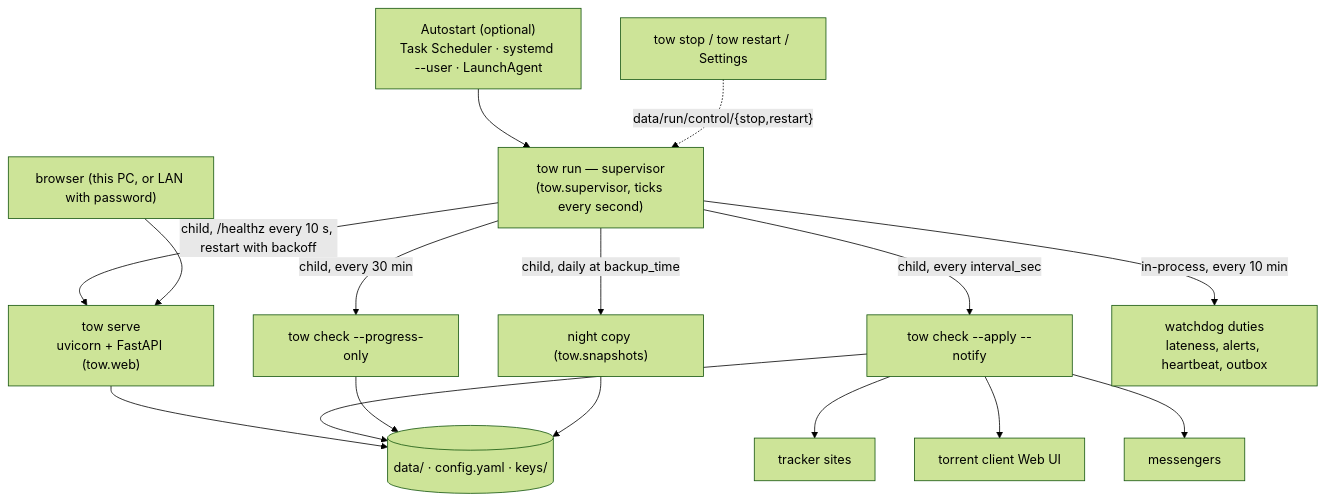
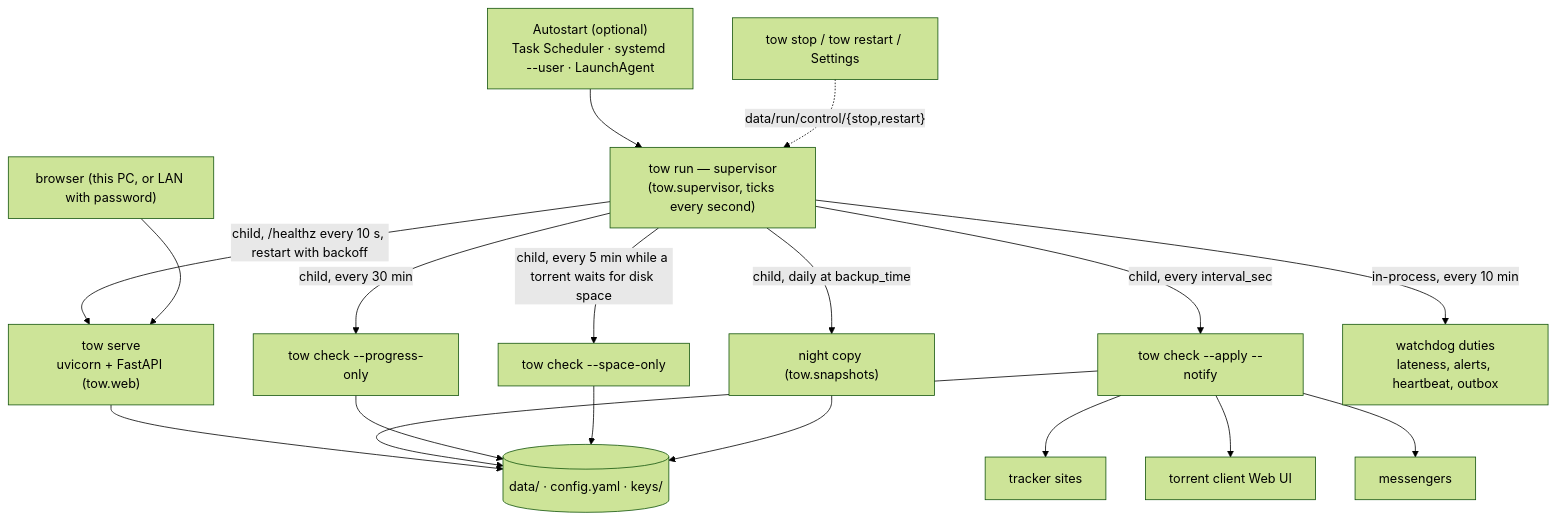
Before and after one commit to d0j/tow: the diagram in docs/architecture.md, drawn with Mermaid (forest theme). The commit also changed other lines of this file and 4 other files, not shown here.

First line of the commit message:
docs: a torrent that does not fit waits for disk space

````diff
--- a/docs/architecture.md
+++ b/docs/architecture.md
@@ -9,19 +9,21 @@
 ```mermaid
 flowchart TD
     OS["Autostart (optional)<br/>Task Scheduler · systemd --user · LaunchAgent"] --> RUN
     CLI["tow stop / tow restart / Settings"] -. "data/run/control/{stop,restart}" .-> RUN
     RUN["tow run — supervisor<br/>(tow.supervisor, ticks every second)"]
     RUN -->|child, /healthz every 10 s, restart with backoff| SERVE["tow serve<br/>uvicorn + FastAPI (tow.web)"]
     RUN -->|child, every interval_sec| CHECK["tow check --apply --notify"]
     RUN -->|child, every 30 min| PROG["tow check --progress-only"]
+    RUN -->|child, every 5 min while a torrent waits for disk space| SPACE["tow check --space-only"]
     RUN -->|child, daily at backup_time| NIGHT["night copy (tow.snapshots)"]
     RUN -->|in-process, every 10 min| WD["watchdog duties<br/>lateness, alerts, heartbeat, outbox"]
     SERVE --> DATA[("data/ · config.yaml · keys/")]
     CHECK --> DATA
     PROG --> DATA
+    SPACE --> DATA
     NIGHT --> DATA
     CHECK --> TRK["tracker sites"]
     CHECK --> CL["torrent client Web UI"]
     CHECK --> MSG["messengers"]
     BROWSER["browser (this PC, or LAN with password)"] --> SERVE
 ```
````
